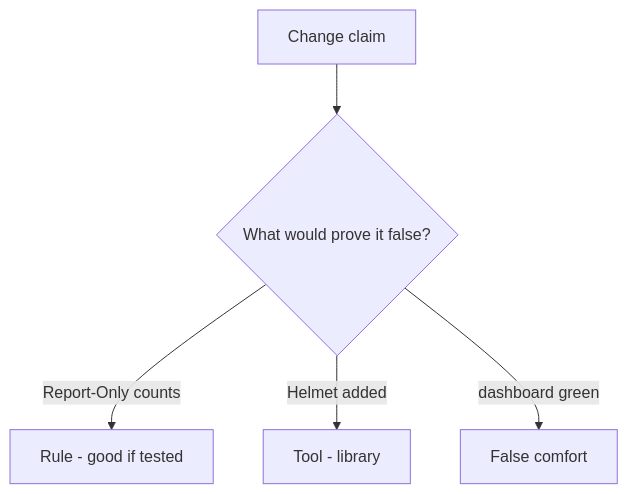
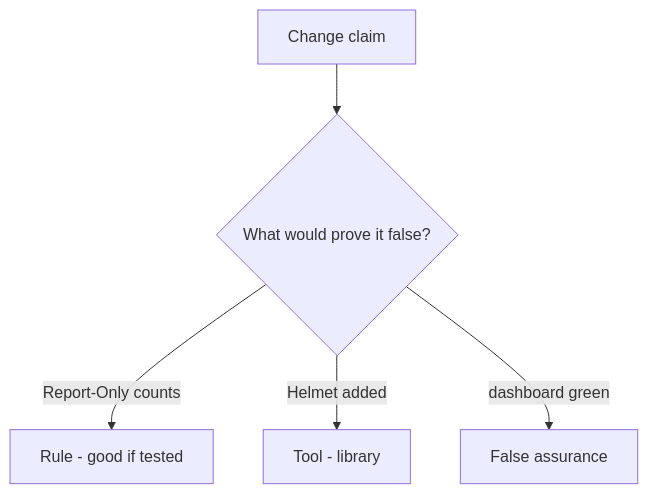
The diagram in content/modules/e/E2/lessons/08-review.md (ishitvagoel/LearnSecurity), drawn with Mermaid before and after one commit. The commit also changed other lines of this file and 240 other files, not shown here.

````diff
--- a/content/modules/e/E2/lessons/08-review.md
+++ b/content/modules/e/E2/lessons/08-review.md
@@ -18,7 +18,7 @@
 ```mermaid
 flowchart TD
   Claim[Change claim] --> Q{"What would prove it false?"}
   Q -->|Report-Only counts| Property["Rule - good if tested"]
   Q -->|Helmet added| Mechanism[Tool - library]
-  Q -->|dashboard green| False[False comfort]
+  Q -->|dashboard green| False[False assurance]
 ```
````
